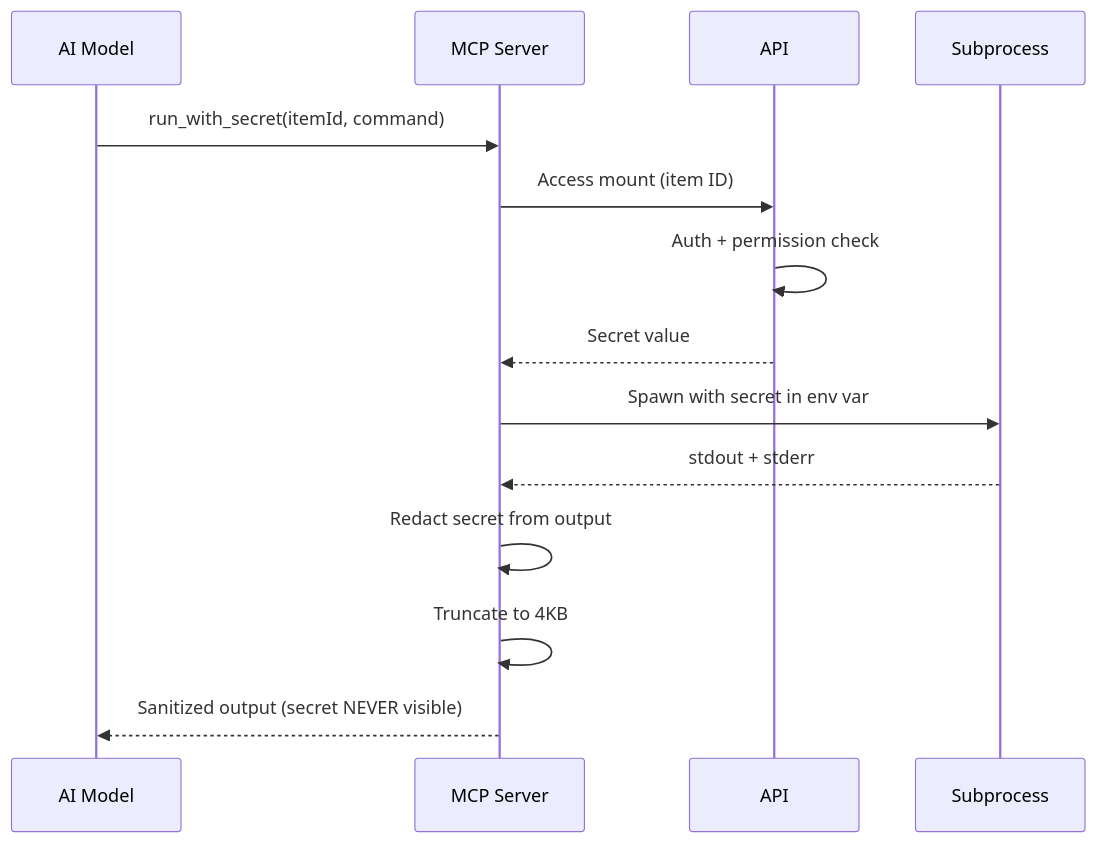
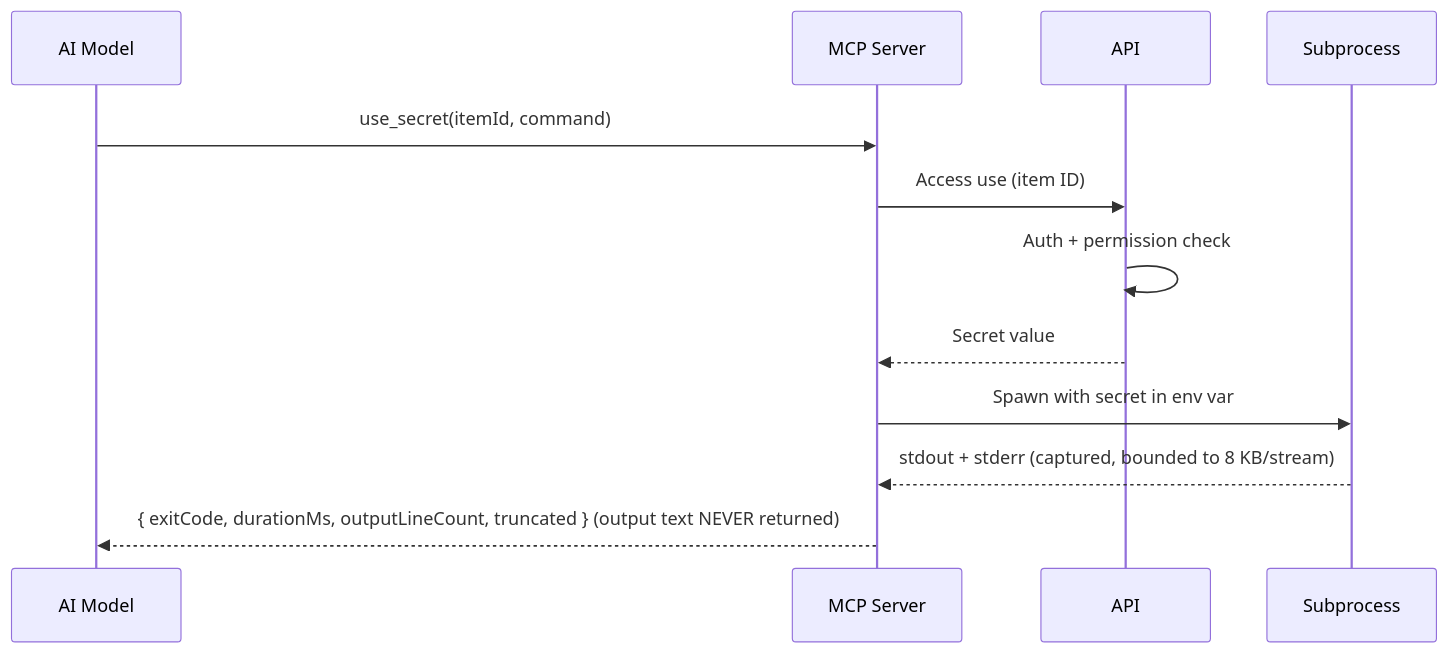
Diagram 17 of 20 in docs/flow.md (punitarani/abadge), drawn with Mermaid before and after one commit. The commit also changed other lines of this file and 217 other files, not shown here.

````diff
--- a/docs/flow.md
+++ b/docs/flow.md
@@ -399,17 +407,15 @@
 ```mermaid
 sequenceDiagram
   participant LLM as AI Model
   participant MCP as MCP Server
   participant API as API
   participant Proc as Subprocess
 
-  LLM->>MCP: run_with_secret(itemId, command)
-  MCP->>API: Access mount (item ID)
+  LLM->>MCP: use_secret(itemId, command)
+  MCP->>API: Access use (item ID)
   API->>API: Auth + permission check
   API-->>MCP: Secret value
   MCP->>Proc: Spawn with secret in env var
-  Proc-->>MCP: stdout + stderr
-  MCP->>MCP: Redact secret from output
-  MCP->>MCP: Truncate to 4KB
-  MCP-->>LLM: Sanitized output (secret NEVER visible)
+  Proc-->>MCP: stdout + stderr (captured, bounded to 8 KB/stream)
+  MCP-->>LLM: { exitCode, durationMs, outputLineCount, truncated } (output text NEVER returned)
 ```
````
